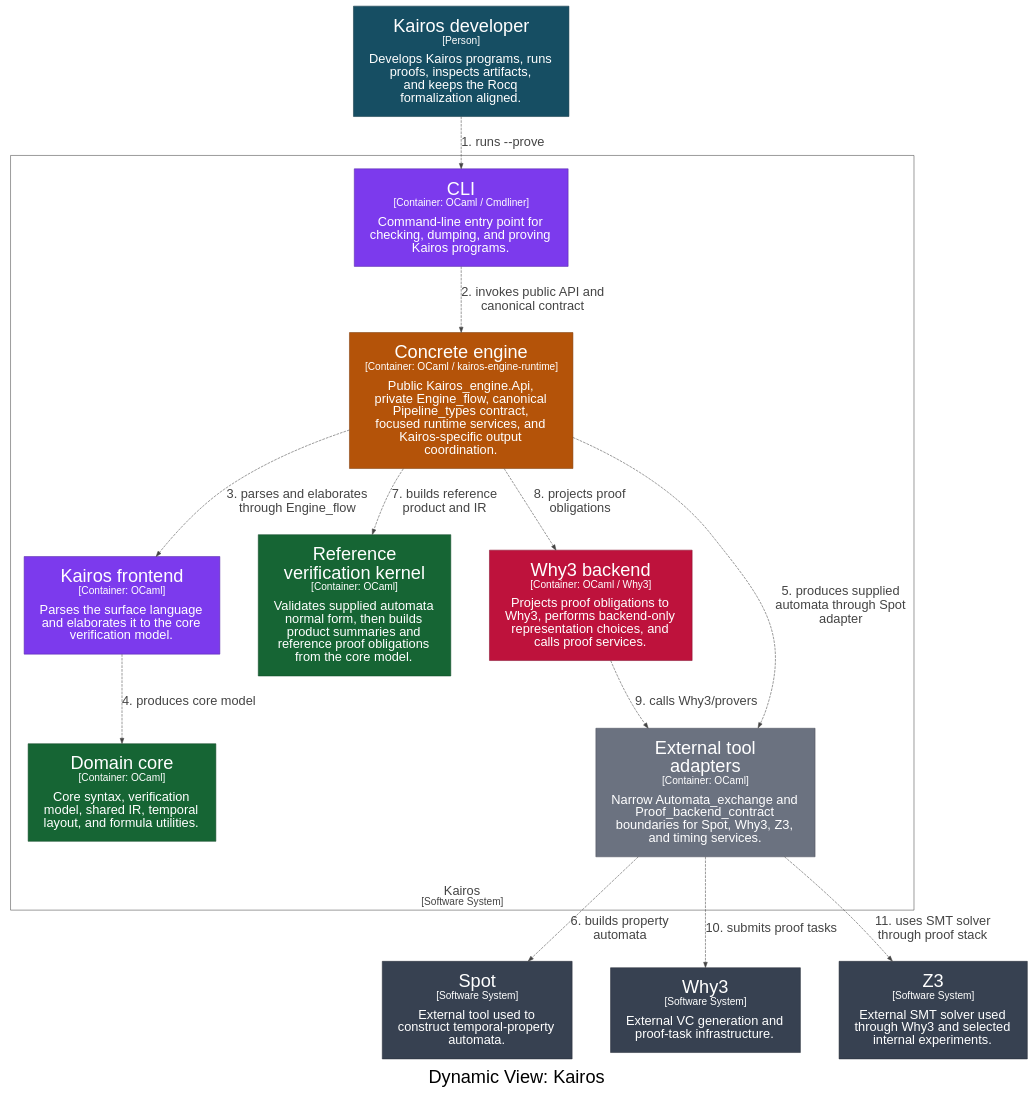
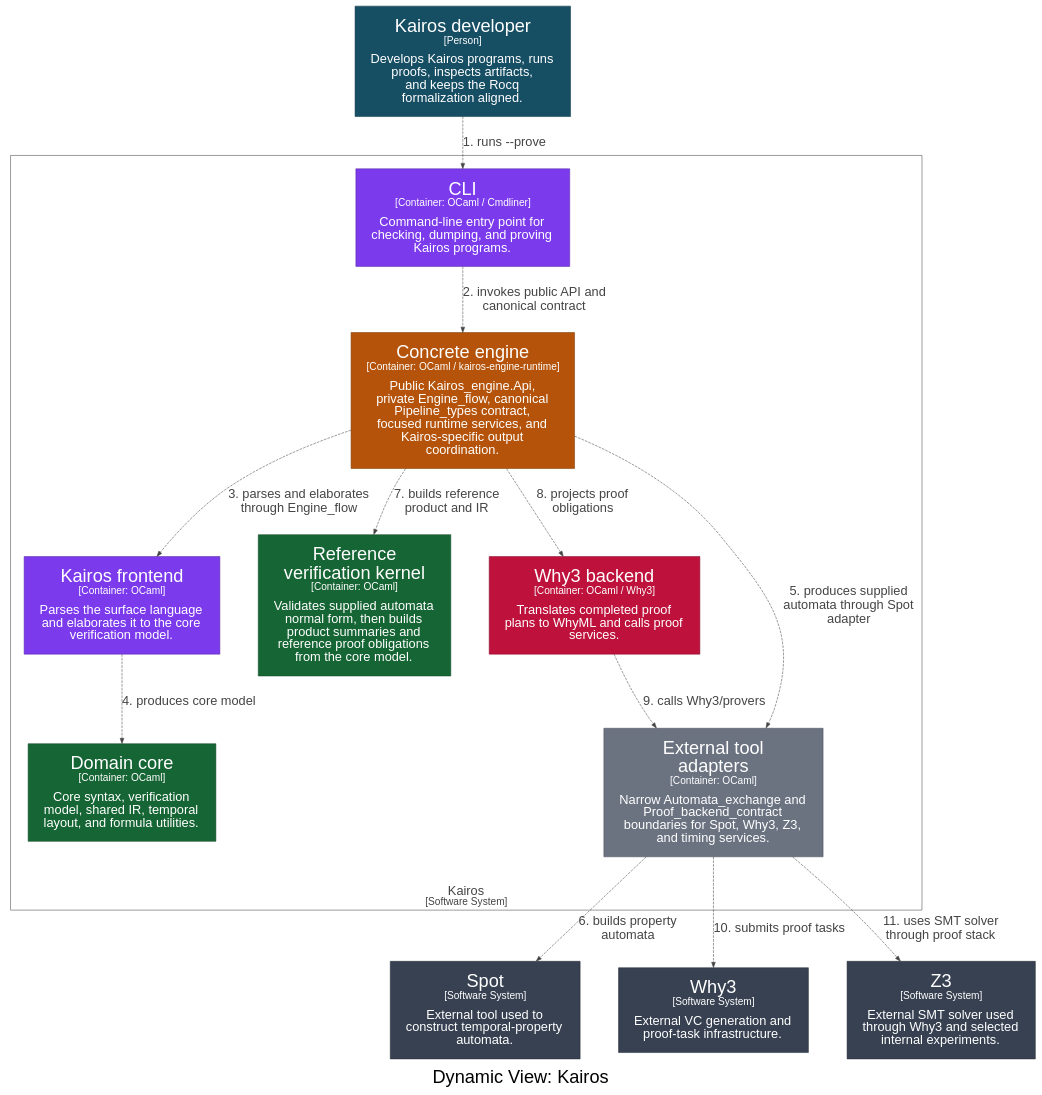
One commit to DabrowskiFr/Kairos changed the diagram in docs/architecture/structurizr/export/dot/structurizr-kairos-prove-flow.dot. Above: the diagram before and after it, drawn with Graphviz. The commit also changed 89 other files, not shown here.

Commit message:
refactor: move proof planning out of Why3 backend

```diff
--- a/docs/architecture/structurizr/export/dot/structurizr-kairos-prove-flow.dot
+++ b/docs/architecture/structurizr/export/dot/structurizr-kairos-prove-flow.dot
@@ -1,42 +1,42 @@
 digraph {
   compound=true
   graph [fontname="Arial", rankdir=TB, ranksep=1.0, nodesep=1.0]
   node [fontname="Arial", shape=box, margin="0.4,0.3"]
   edge [fontname="Arial"]
   label=<<br /><font point-size="34">Dynamic View: Kairos</font>>
 
   subgraph cluster_7 {
     margin=25
     label=<<font point-size="24"><br />Kairos</font><br /><font point-size="19">[Software System]</font>>
     labelloc=b
     color="#444444"
     fontcolor="#444444"
     fillcolor="#444444"
 
     10 [id=10,shape=rect, label=<<font point-size="34">Concrete engine</font><br /><font point-size="19">[Container: OCaml / kairos-engine-runtime]</font><br /><br /><font point-size="24">Public Kairos_engine.Api,<br />private Engine_flow, canonical<br />Pipeline_types contract,<br />focused runtime services, and<br />Kairos-specific output<br />coordination.</font>>, style=filled, color="#7d3a06", fillcolor="#b45309", fontcolor="#ffffff"]
     19 [id=19,shape=rect, label=<<font point-size="34">Kairos frontend</font><br /><font point-size="19">[Container: OCaml]</font><br /><br /><font point-size="24">Parses the surface language<br />and elaborates it to the core<br />verification model.</font>>, style=filled, color="#5628a5", fillcolor="#7c3aed", fontcolor="#ffffff"]
     20 [id=20,shape=rect, label=<<font point-size="34">Domain core</font><br /><font point-size="19">[Container: OCaml]</font><br /><br /><font point-size="24">Core syntax, verification<br />model, shared IR, temporal<br />layout, and formula utilities.</font>>, style=filled, color="#0f4624", fillcolor="#166534", fontcolor="#ffffff"]
     21 [id=21,shape=rect, label=<<font point-size="34">Reference<br />verification kernel</font><br /><font point-size="19">[Container: OCaml]</font><br /><br /><font point-size="24">Validates supplied automata<br />normal form, then builds<br />product summaries and<br />reference proof obligations<br />from the core model.</font>>, style=filled, color="#0f4624", fillcolor="#166534", fontcolor="#ffffff"]
-    29 [id=29,shape=rect, label=<<font point-size="34">Why3 backend</font><br /><font point-size="19">[Container: OCaml / Why3]</font><br /><br /><font point-size="24">Projects proof obligations to<br />Why3, performs backend-only<br />representation choices, and<br />calls proof services.</font>>, style=filled, color="#850c2a", fillcolor="#be123c", fontcolor="#ffffff"]
+    29 [id=29,shape=rect, label=<<font point-size="34">Why3 backend</font><br /><font point-size="19">[Container: OCaml / Why3]</font><br /><br /><font point-size="24">Translates completed proof<br />plans to WhyML and calls proof<br />services.</font>>, style=filled, color="#850c2a", fillcolor="#be123c", fontcolor="#ffffff"]
     32 [id=32,shape=rect, label=<<font point-size="34">External tool<br />adapters</font><br /><font point-size="19">[Container: OCaml]</font><br /><br /><font point-size="24">Narrow Automata_exchange and<br />Proof_backend_contract<br />boundaries for Spot, Why3, Z3,<br />and timing services.</font>>, style=filled, color="#4a4f59", fillcolor="#6b7280", fontcolor="#ffffff"]
     8 [id=8,shape=rect, label=<<font point-size="34">CLI</font><br /><font point-size="19">[Container: OCaml / Cmdliner]</font><br /><br /><font point-size="24">Command-line entry point for<br />checking, dumping, and proving<br />Kairos programs.</font>>, style=filled, color="#5628a5", fillcolor="#7c3aed", fontcolor="#ffffff"]
   }
 
   1 [id=1,shape=rect, label=<<font point-size="34">Kairos developer</font><br /><font point-size="19">[Person]</font><br /><br /><font point-size="24">Develops Kairos programs, runs<br />proofs, inspects artifacts,<br />and keeps the Rocq<br />formalization aligned.</font>>, style=filled, color="#0f3645", fillcolor="#164e63", fontcolor="#ffffff"]
   3 [id=3,shape=rect, label=<<font point-size="34">Spot</font><br /><font point-size="19">[Software System]</font><br /><br /><font point-size="24">External tool used to<br />construct temporal-property<br />automata.</font>>, style=filled, color="#262d38", fillcolor="#374151", fontcolor="#ffffff"]
   4 [id=4,shape=rect, label=<<font point-size="34">Why3</font><br /><font point-size="19">[Software System]</font><br /><br /><font point-size="24">External VC generation and<br />proof-task infrastructure.</font>>, style=filled, color="#262d38", fillcolor="#374151", fontcolor="#ffffff"]
   5 [id=5,shape=rect, label=<<font point-size="34">Z3</font><br /><font point-size="19">[Software System]</font><br /><br /><font point-size="24">External SMT solver used<br />through Why3 and selected<br />internal experiments.</font>>, style=filled, color="#262d38", fillcolor="#374151", fontcolor="#ffffff"]
 
   1 -> 8 [id=33, label=<<font point-size="24">1. runs --prove</font>>, style="dashed", color="#444444", fontcolor="#444444"]
   8 -> 10 [id=36, label=<<font point-size="24">2. invokes public API and<br />canonical contract</font>>, style="dashed", color="#444444", fontcolor="#444444"]
   10 -> 19 [id=38, label=<<font point-size="24">3. parses and elaborates<br />through Engine_flow</font>>, style="dashed", color="#444444", fontcolor="#444444"]
   19 -> 20 [id=40, label=<<font point-size="24">4. produces core model</font>>, style="dashed", color="#444444", fontcolor="#444444"]
   10 -> 32 [id=45, label=<<font point-size="24">5. produces supplied<br />automata through Spot<br />adapter</font>>, style="dashed", color="#444444", fontcolor="#444444"]
   32 -> 3 [id=56, label=<<font point-size="24">6. builds property<br />automata</font>>, style="dashed", color="#444444", fontcolor="#444444"]
   10 -> 21 [id=41, label=<<font point-size="24">7. builds reference<br />product and IR</font>>, style="dashed", color="#444444", fontcolor="#444444"]
   10 -> 29 [id=44, label=<<font point-size="24">8. projects proof<br />obligations</font>>, style="dashed", color="#444444", fontcolor="#444444"]
   29 -> 32 [id=53, label=<<font point-size="24">9. calls Why3/provers</font>>, style="dashed", color="#444444", fontcolor="#444444"]
   32 -> 4 [id=58, label=<<font point-size="24">10. submits proof tasks</font>>, style="dashed", color="#444444", fontcolor="#444444"]
   32 -> 5 [id=60, label=<<font point-size="24">11. uses SMT solver<br />through proof stack</font>>, style="dashed", color="#444444", fontcolor="#444444"]
 
 }
```
